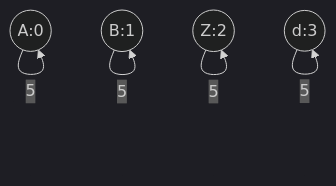
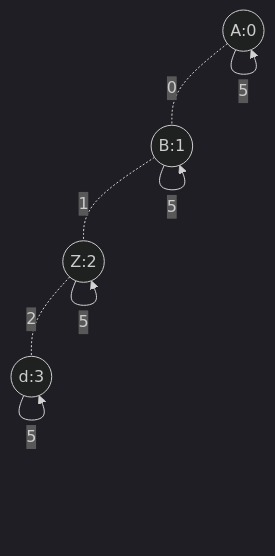
The diagram in Resources/TestMaps/large_test.md (randomfunkstyle/randomfun2025swift), drawn with Mermaid (dark theme) before and after one commit. The commit also changed 8 other files, not shown here.

````diff
--- a/Resources/TestMaps/large_test.md
+++ b/Resources/TestMaps/large_test.md
@@ -3,26 +3,30 @@
 ```mermaid
 graph TD
     A((A:0))
     B((B:1))
     Z((Z:2))
     d((d:3))
+
+    A -.0.- B
+    B -.1.- Z
+    Z -.2.- d
 
     A --1--> A
     A --2--> A
     A --3--> A
     A --4--> A
     A --5--> A
     B --2--> B
     B --3--> B
     B --4--> B
     B --5--> B
     Z --0--> Z
     Z --3--> Z
     Z --4--> Z
     Z --5--> Z
     d --0--> d
     d --1--> d
     d --3--> d
     d --4--> d
     d --5--> d
 ```
````
